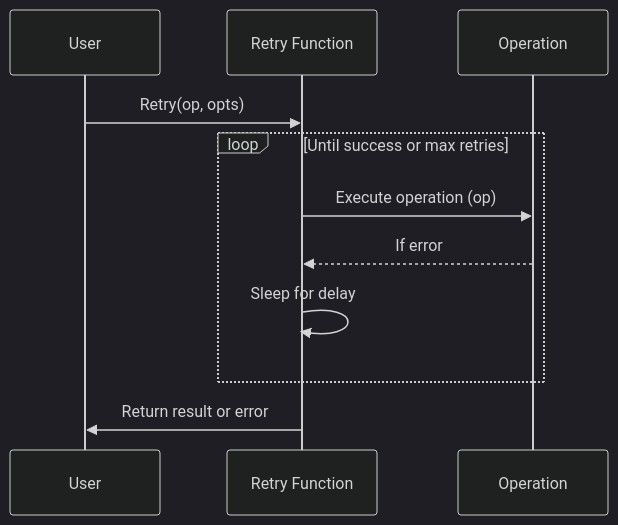
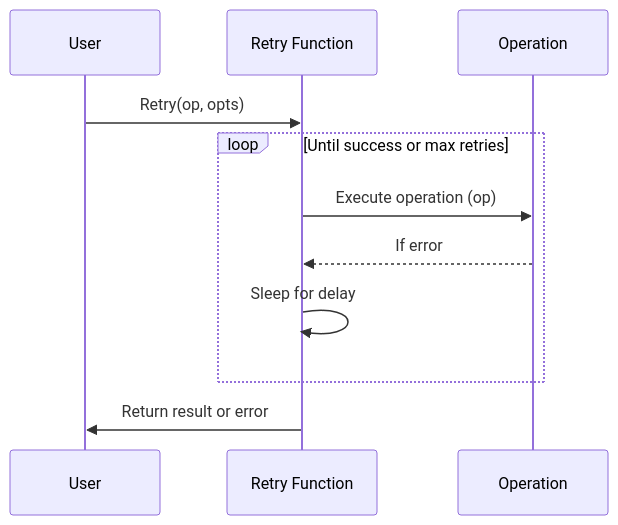
The diagram in README.md (hoshiimo-se/retry), drawn with Mermaid before and after one commit.

Commit message:
Change readme theme

````diff
--- a/README.md
+++ b/README.md
@@ -9,15 +9,15 @@
 ```mermaid
-%%{init:{'theme':'dark'}}%%
+%%{init:{'theme':'natural'}}%%
 sequenceDiagram
     participant User
     participant Retry Function
     participant Operation
 
     User->>Retry Function: Retry(op, opts)
     loop Until success or max retries
         Retry Function->>Operation: Execute operation (op)
         Operation-->>Retry Function: If error
         Retry Function->>Retry Function: Sleep for delay
     end
     Retry Function->>User: Return result or error
 ```
````
